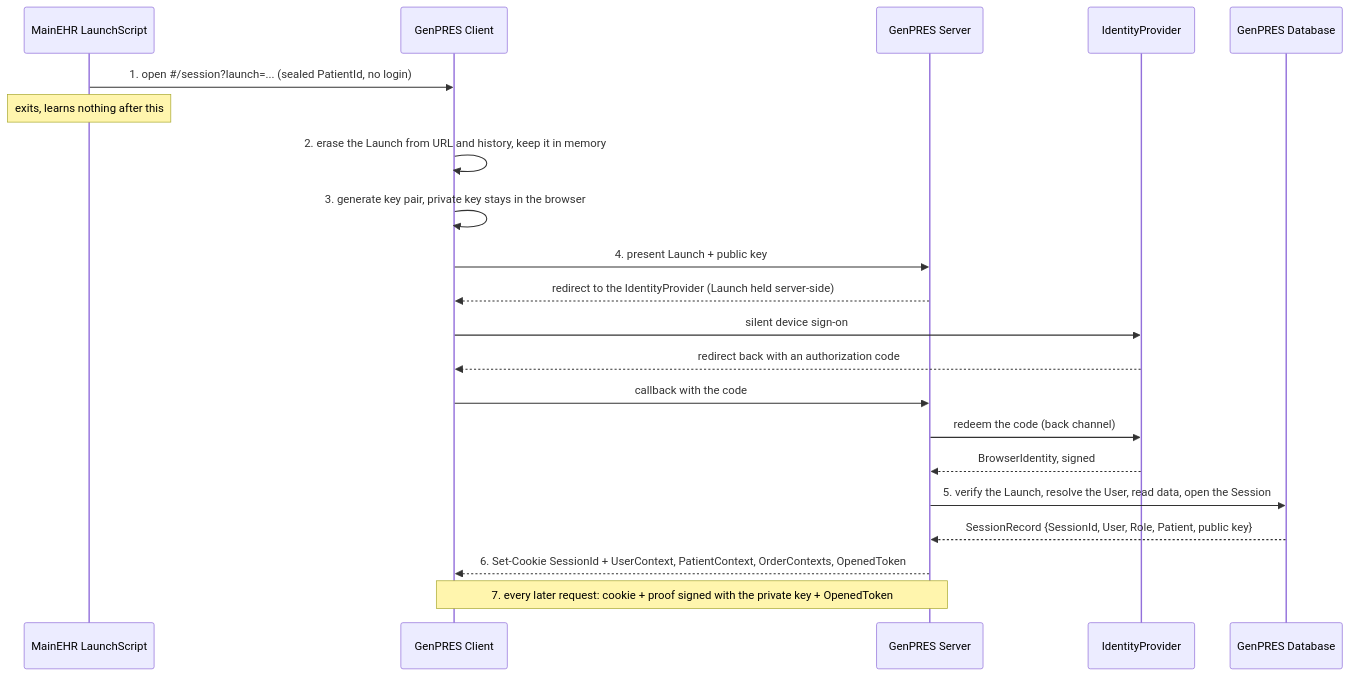
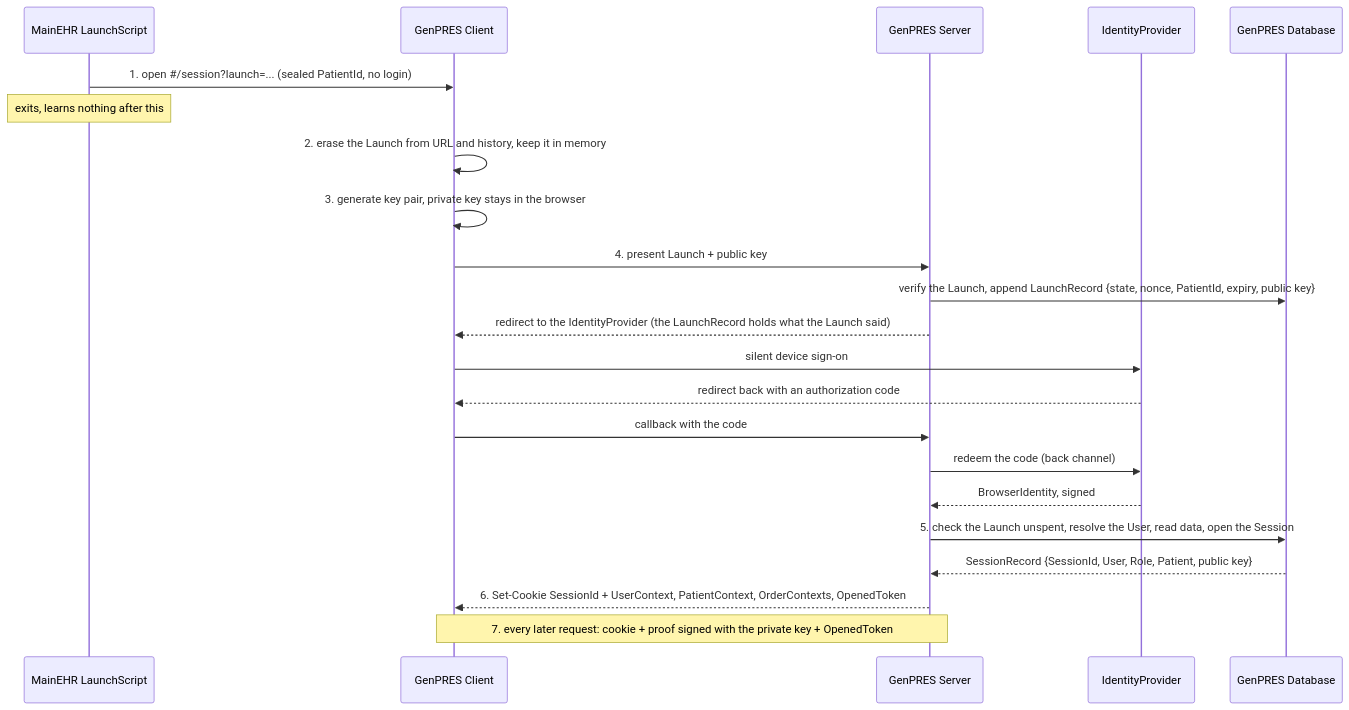
The first of 4 diagrams in docs/scenarios/integration/uc-01-launch.md (informedica/GenPRES), drawn with Mermaid before and after one commit. The commit also changed other lines of this file and 1 other file, not shown here.

First line of the commit message:
docs(client): store the Launch's contents, not the Launch

````diff
--- a/docs/scenarios/integration/uc-01-launch.md
+++ b/docs/scenarios/integration/uc-01-launch.md
@@ -13,24 +13,25 @@
 ```mermaid
 sequenceDiagram
     participant L as MainEHR LaunchScript
     participant C as GenPRES Client
     participant S as GenPRES Server
     participant I as IdentityProvider
     participant D as GenPRES Database
 
     L->>C: 1. open #35;/session?launch=... (sealed PatientId, no login)
     Note over L: exits, learns nothing after this
     C->>C: 2. erase the Launch from URL and history, keep it in memory
     C->>C: 3. generate key pair, private key stays in the browser
     C->>S: 4. present Launch + public key
-    S-->>C: redirect to the IdentityProvider (Launch held server-side)
+    S->>D: verify the Launch, append LaunchRecord {state, nonce, PatientId, expiry, public key}
+    S-->>C: redirect to the IdentityProvider (the LaunchRecord holds what the Launch said)
     C->>I: silent device sign-on
     I-->>C: redirect back with an authorization code
     C->>S: callback with the code
     S->>I: redeem the code (back channel)
     I-->>S: BrowserIdentity, signed
-    S->>D: 5. verify the Launch, resolve the User, read data, open the Session
+    S->>D: 5. check the Launch unspent, resolve the User, read data, open the Session
     D-->>S: SessionRecord {SessionId, User, Role, Patient, public key}
     S-->>C: 6. Set-Cookie SessionId + UserContext, PatientContext, OrderContexts, OpenedToken
     Note over C,S: 7. every later request: cookie + proof signed with the private key + OpenedToken
 ```
````
